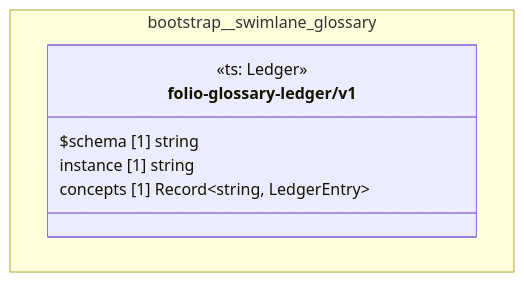
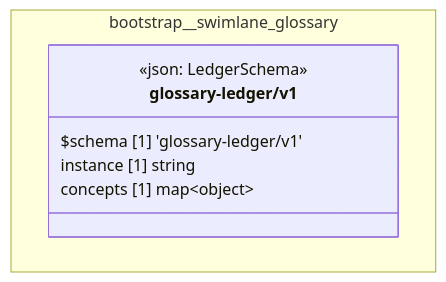
Before and after one commit to litlfred/folio-assistant: the diagram in cat-harness/docs/uml/overview/bootstrap/swimlane-glossary.md, drawn with Mermaid. The commit also changed other lines of this file and 56 other files, not shown here.

First line of the commit message:
Regenerate what group D moved: UML overview (bootstrap has no qa graph), glossary, schema page, READMEs, .pot templates, handler index

````diff
--- a/cat-harness/docs/uml/overview/bootstrap/swimlane-glossary.md
+++ b/cat-harness/docs/uml/overview/bootstrap/swimlane-glossary.md
@@ -42,13 +42,13 @@
 ```mermaid
 classDiagram
   direction TB
   namespace bootstrap__swimlane_glossary {
-    class bootstrap_swimlane_glossary_folio_glossary_ledger_v1["folio-glossary-ledger/v1"] {
-      <<ts: Ledger>>
-      $schema [1] string
+    class bootstrap_swimlane_glossary_glossary_ledger_v1_glossary_ledger_v1["glossary-ledger/v1"] {
+      <<json: LedgerSchema>>
+      $schema [1] 'glossary-ledger/v1'
       instance [1] string
-      concepts [1] Record~string, LedgerEntry~
+      concepts [1] map~object~
     }
   }
-  cssClass "bootstrap_swimlane_glossary_folio_glossary_ledger_v1" fa_uml_kind_swimlane_glossary
+  cssClass "bootstrap_swimlane_glossary_glossary_ledger_v1_glossary_ledger_v1" fa_uml_kind_swimlane_glossary
 ```
````
